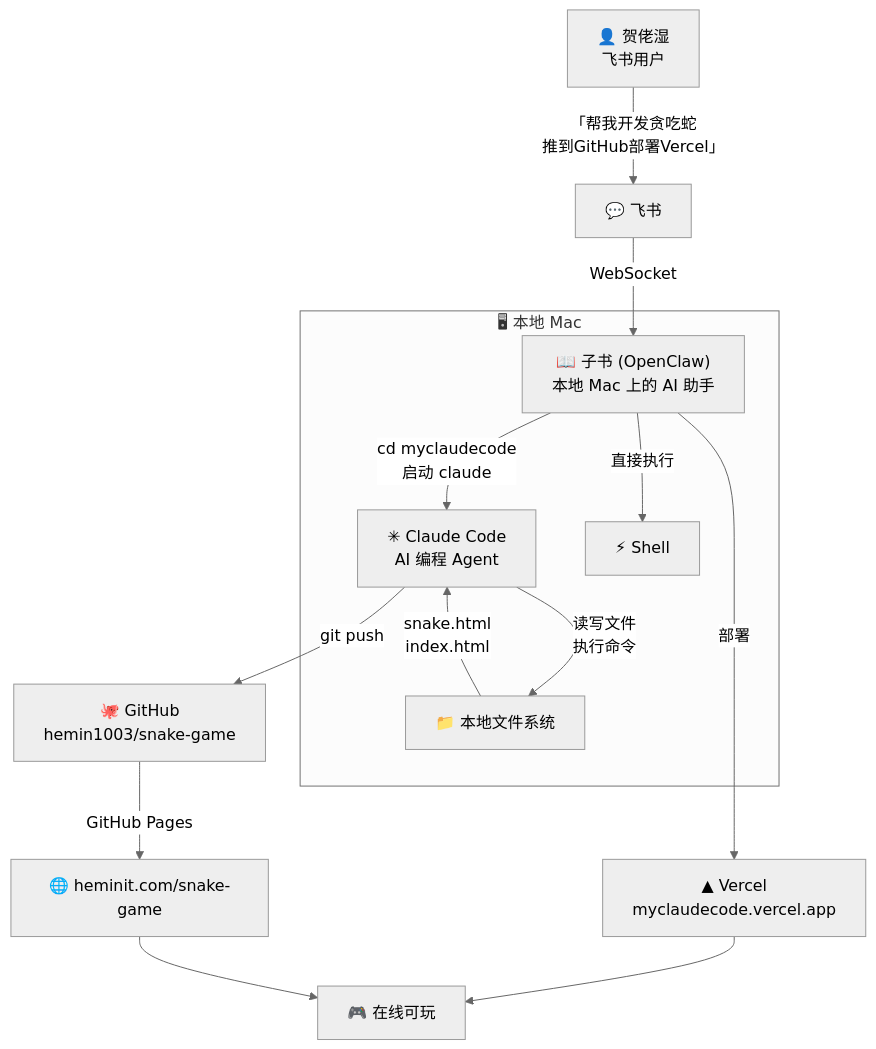
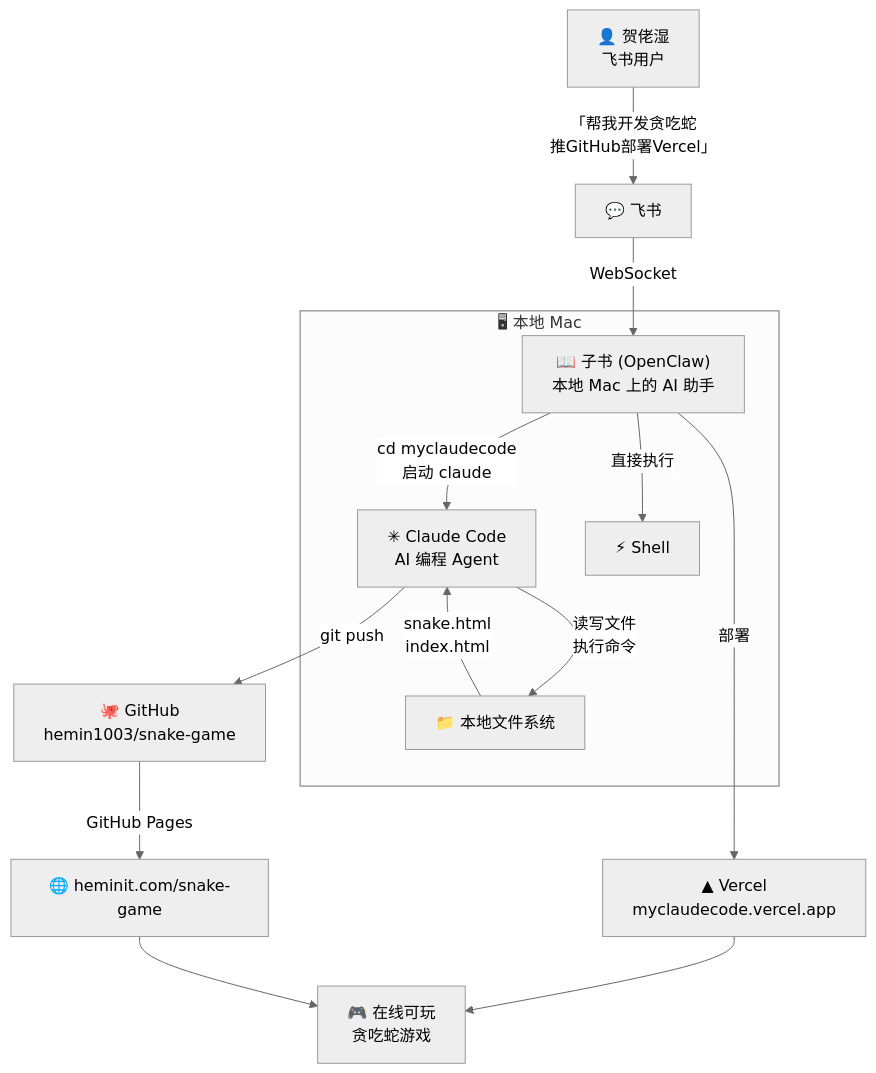
Before and after one commit to hemin1003/snake-game: the first of 3 diagrams in README.md, drawn with Mermaid (neutral theme). The commit also changed other lines of this file and 1 other file, not shown here.

Commit message:
Sync README with agent-coding-flow article

````diff
--- a/README.md
+++ b/README.md
@@ -25,19 +11,19 @@
 ```mermaid
 flowchart TB
-    U["👤 贺佬湿<br/>飞书用户"] -->|"「帮我开发贪吃蛇<br/>推到GitHub部署Vercel」"| FS["💬 飞书"]
+    U["👤 贺佬湿<br/>飞书用户"] -->|"「帮我开发贪吃蛇<br/>推GitHub部署Vercel」"| FS["💬 飞书"]
     FS -->|WebSocket| OC["📖 子书 (OpenClaw)<br/>本地 Mac 上的 AI 助手"]
     
     subgraph Mac["🖥 本地 Mac"]
         OC -->|"cd myclaudecode<br/>启动 claude"| CC["✳ Claude Code<br/>AI 编程 Agent"]
         CC -->|"读写文件<br/>执行命令"| FS2["📁 本地文件系统"]
         FS2 -->|"snake.html<br/>index.html"| CC
         OC -->|"直接执行"| SHELL["⚡ Shell"]
     end
     
     CC -->|"git push"| GH["🐙 GitHub<br/>hemin1003/snake-game"]
     OC -->|"部署"| VC["▲ Vercel<br/>myclaudecode.vercel.app"]
     GH -->|"GitHub Pages"| WEB["🌐 heminit.com/snake-game"]
     
-    VC --> RESULT["🎮 在线可玩"]
+    VC --> RESULT["🎮 在线可玩<br/>贪吃蛇游戏"]
     WEB --> RESULT
 ```
````
